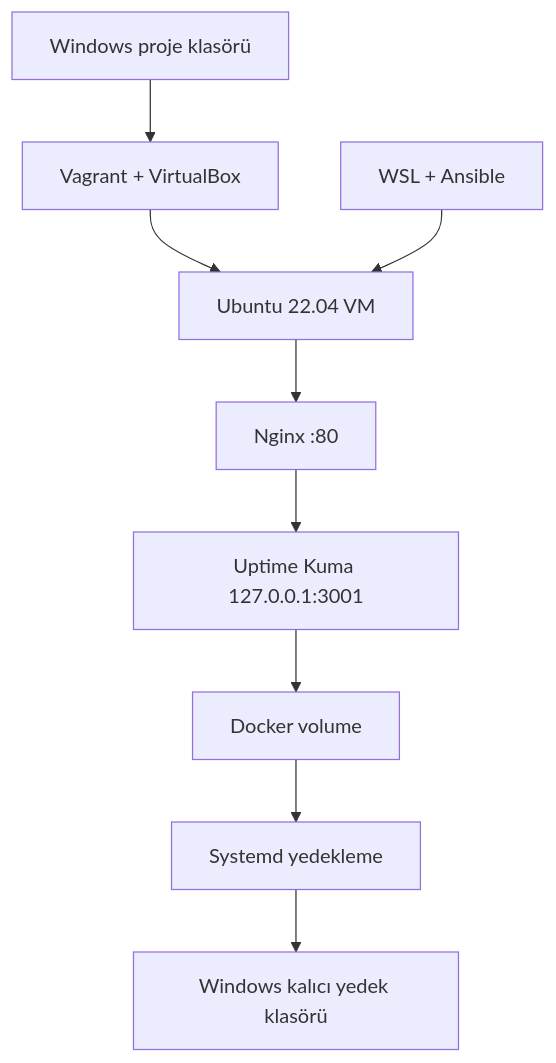
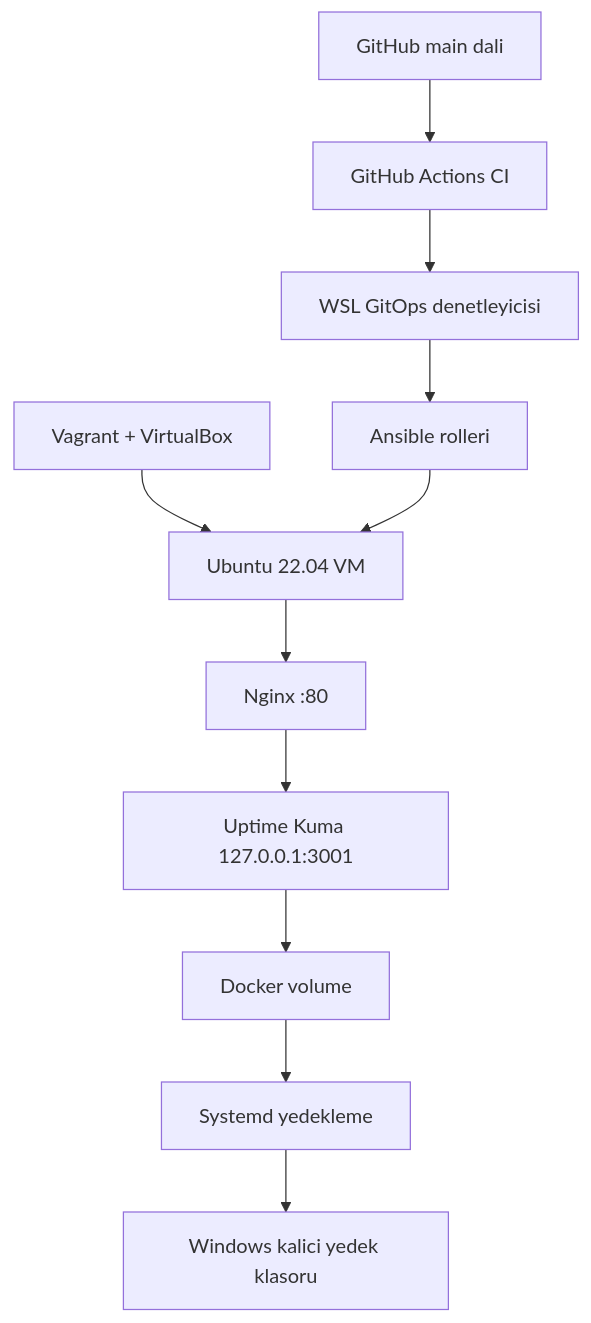
The diagram in README.md (lhasanseker/gitops-iac-project), drawn with Mermaid before and after one commit. The commit also changed other lines of this file and 1 other file, not shown here.

Commit message:
docs: finalize GitOps project documentation (#7)

````diff
--- a/README.md
+++ b/README.md
@@ -21,11 +29,13 @@
 ```mermaid
 flowchart TD
-    A["Windows proje klasörü"] --> B["Vagrant + VirtualBox"]
-    B --> C["Ubuntu 22.04 VM"]
-    D["WSL + Ansible"] --> C
-    C --> E["Nginx :80"]
-    E --> F["Uptime Kuma 127.0.0.1:3001"]
-    F --> G["Docker volume"]
-    G --> H["Systemd yedekleme"]
-    H --> I["Windows kalıcı yedek klasörü"]
+    GH["GitHub main dali"] --> CI["GitHub Actions CI"]
+    CI --> GC["WSL GitOps denetleyicisi"]
+    GC --> AN["Ansible rolleri"]
+    VG["Vagrant + VirtualBox"] --> VM["Ubuntu 22.04 VM"]
+    AN --> VM
+    VM --> NG["Nginx :80"]
+    NG --> UK["Uptime Kuma 127.0.0.1:3001"]
+    UK --> DV["Docker volume"]
+    DV --> BK["Systemd yedekleme"]
+    BK --> WP["Windows kalici yedek klasoru"]
 ```
````
